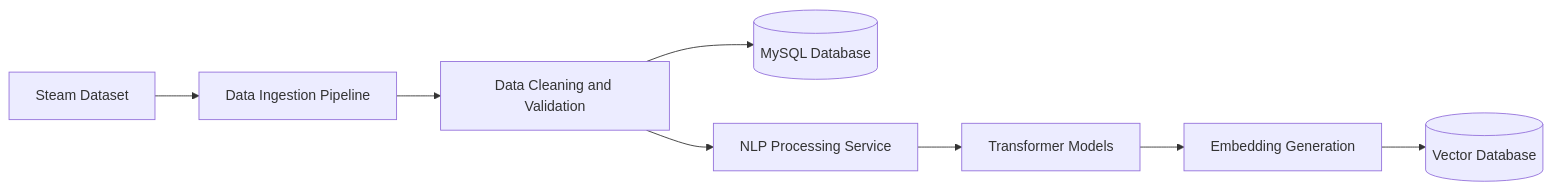
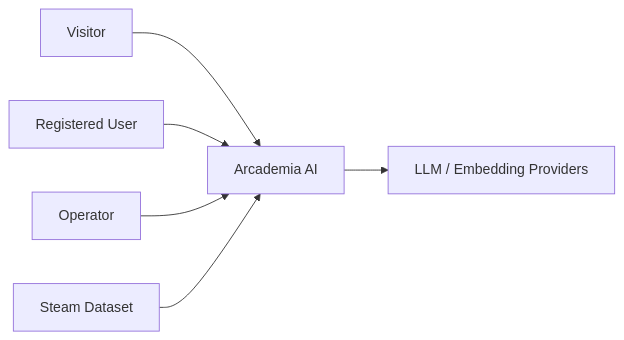
The second of 9 diagrams in docs/ArcademiaAI_Software_Design_Document.md (Rachit47/Arcademia-AI), drawn with Mermaid before and after one commit. The commit also changed other lines of this file, not shown here.

````diff
--- a/docs/ArcademiaAI_Software_Design_Document.md
+++ b/docs/ArcademiaAI_Software_Design_Document.md
@@ -755,34 +556,15 @@
 ```mermaid
 flowchart LR
+    Visitor[Visitor]
+    User[Registered User]
+    Operator[Operator]
+    Dataset[Steam Dataset]
+    Models[LLM / Embedding Providers]
+    Arcademia[Arcademia AI]
 
-Dataset[Steam Dataset]
-
-Ingestion[Data Ingestion Pipeline]
-
-Cleaning[Data Cleaning and Validation]
-
-MySQL[(MySQL Database)]
-
-NLP[NLP Processing Service]
-
-Transformer[Transformer Models]
-
-Embedding[Embedding Generation]
-
-Vector[(Vector Database)]
-
-
-Dataset --> Ingestion
-
-Ingestion --> Cleaning
-
-Cleaning --> MySQL
-
-Cleaning --> NLP
-
-NLP --> Transformer
-
-Transformer --> Embedding
-
-Embedding --> Vector
+    Visitor --> Arcademia
+    User --> Arcademia
+    Operator --> Arcademia
+    Dataset --> Arcademia
+    Arcademia --> Models
 ```
````
